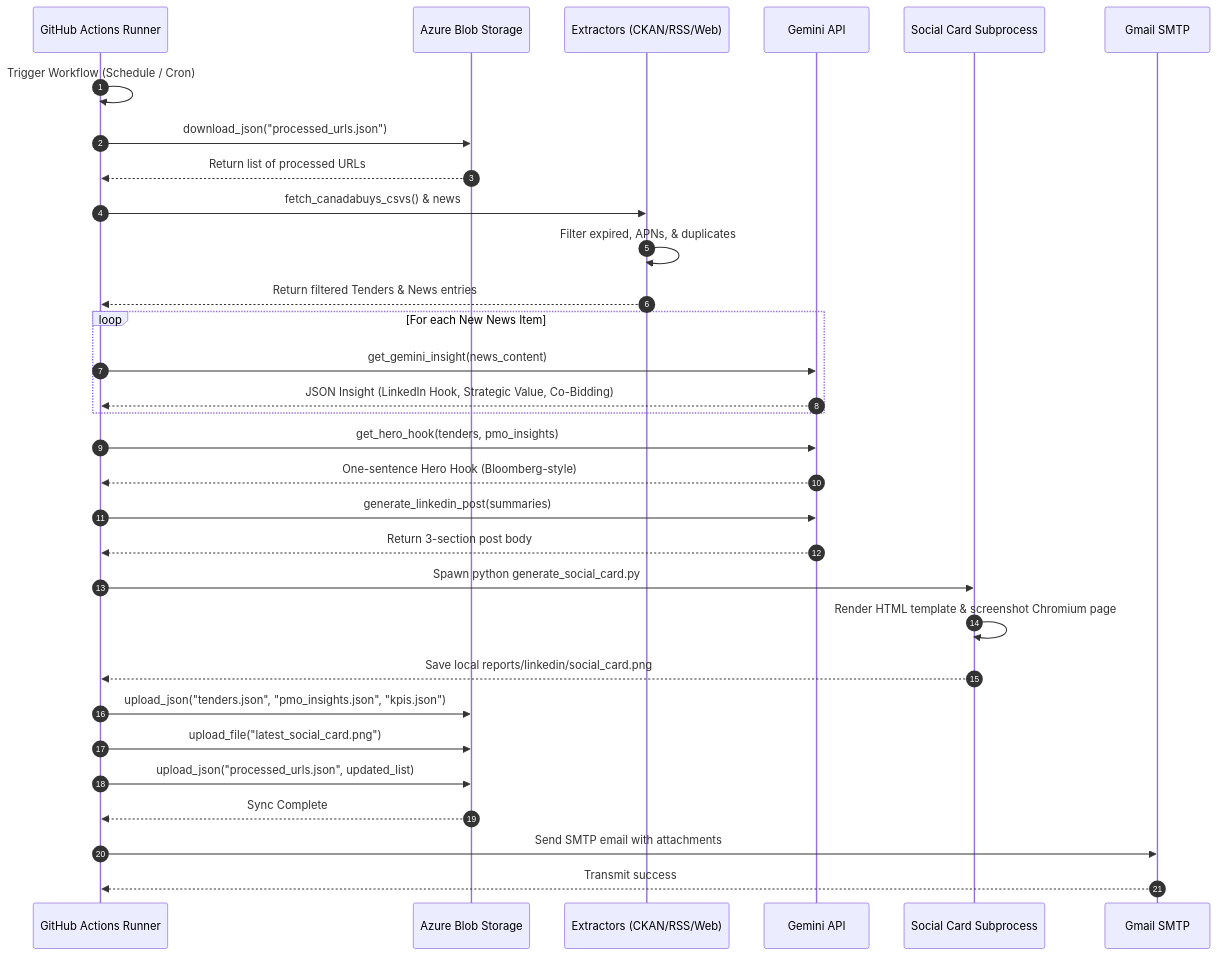
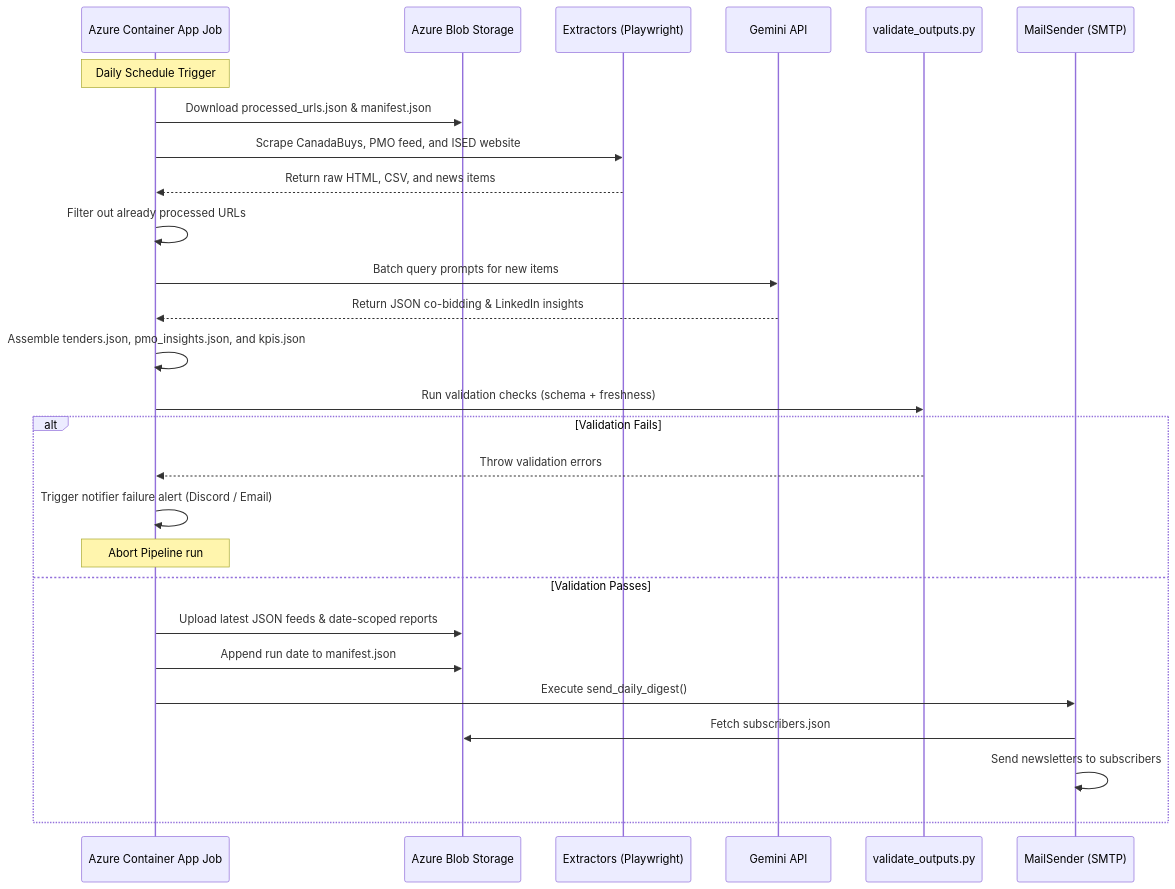
Before and after one commit to 4mayAi/canadian-grant-intelligence: the second of 2 diagrams in docs/architecture_arc42.md, drawn with Mermaid. The commit also changed other lines of this file and 1 other file, not shown here.

````diff
--- a/docs/architecture_arc42.md
+++ b/docs/architecture_arc42.md
@@ -186,41 +120,30 @@
 ```mermaid
 sequenceDiagram
-    autonumber
-    participant Runner as GitHub Actions Runner
+    participant Job as Azure Container App Job
     participant Azure as Azure Blob Storage
-    participant Ext as Extractors (CKAN/RSS/Web)
+    participant Ext as Extractors (Playwright)
     participant LLM as Gemini API
-    participant Card as Social Card Subprocess
-    participant SMTP as Gmail SMTP
+    participant Valid as validate_outputs.py
+    participant Mail as MailSender (SMTP)
 
-    Runner->>Runner: Trigger Workflow (Schedule / Cron)
-    Runner->>Azure: download_json("processed_urls.json")
-    Azure-->>Runner: Return list of processed URLs
-
-    Runner->>Ext: fetch_canadabuys_csvs() & news
-    Ext->>Ext: Filter expired, APNs, & duplicates
-    Ext-->>Runner: Return filtered Tenders & News entries
-
-    loop For each New News Item
-        Runner->>LLM: get_gemini_insight(news_content)
-        LLM-->>Runner: JSON Insight (LinkedIn Hook, Strategic Value, Co-Bidding)
+    Note over Job: Daily Schedule Trigger
+    Job->>Azure: Download processed_urls.json & manifest.json
+    Job->>Ext: Scrape CanadaBuys, PMO feed, and ISED website
+    Ext-->>Job: Return raw HTML, CSV, and news items
+    Job->>Job: Filter out already processed URLs
+    Job->>LLM: Batch query prompts for new items
+    LLM-->>Job: Return JSON co-bidding & LinkedIn insights
+    Job->>Job: Assemble tenders.json, pmo_insights.json, and kpis.json
+    Job->>Valid: Run validation checks (schema + freshness)
+    alt Validation Fails
+        Valid-->>Job: Throw validation errors
+        Job->>Job: Trigger notifier failure alert (Discord / Email)
+        Note over Job: Abort Pipeline run
+    else Validation Passes
+        Job->>Azure: Upload latest JSON feeds & date-scoped reports
+        Job->>Azure: Append run date to manifest.json
+        Job->>Mail: Execute send_daily_digest()
+        Mail->>Azure: Fetch subscribers.json
+        Mail->>Mail: Send newsletters to subscribers
     end
-
-    Runner->>LLM: get_hero_hook(tenders, pmo_insights)
-    LLM-->>Runner: One-sentence Hero Hook (Bloomberg-style)
-
-    Runner->>LLM: generate_linkedin_post(summaries)
-    LLM-->>Runner: Return 3-section post body
-
-    Runner->>Card: Spawn python generate_social_card.py
-    Card->>Card: Render HTML template & screenshot Chromium page
-    Card-->>Runner: Save local reports/linkedin/social_card.png
-
-    Runner->>Azure: upload_json("tenders.json", "pmo_insights.json", "kpis.json")
-    Runner->>Azure: upload_file("latest_social_card.png")
-    Runner->>Azure: upload_json("processed_urls.json", updated_list)
-    Azure-->>Runner: Sync Complete
-
-    Runner->>SMTP: Send SMTP email with attachments
-    SMTP-->>Runner: Transmit success
 ```
````
